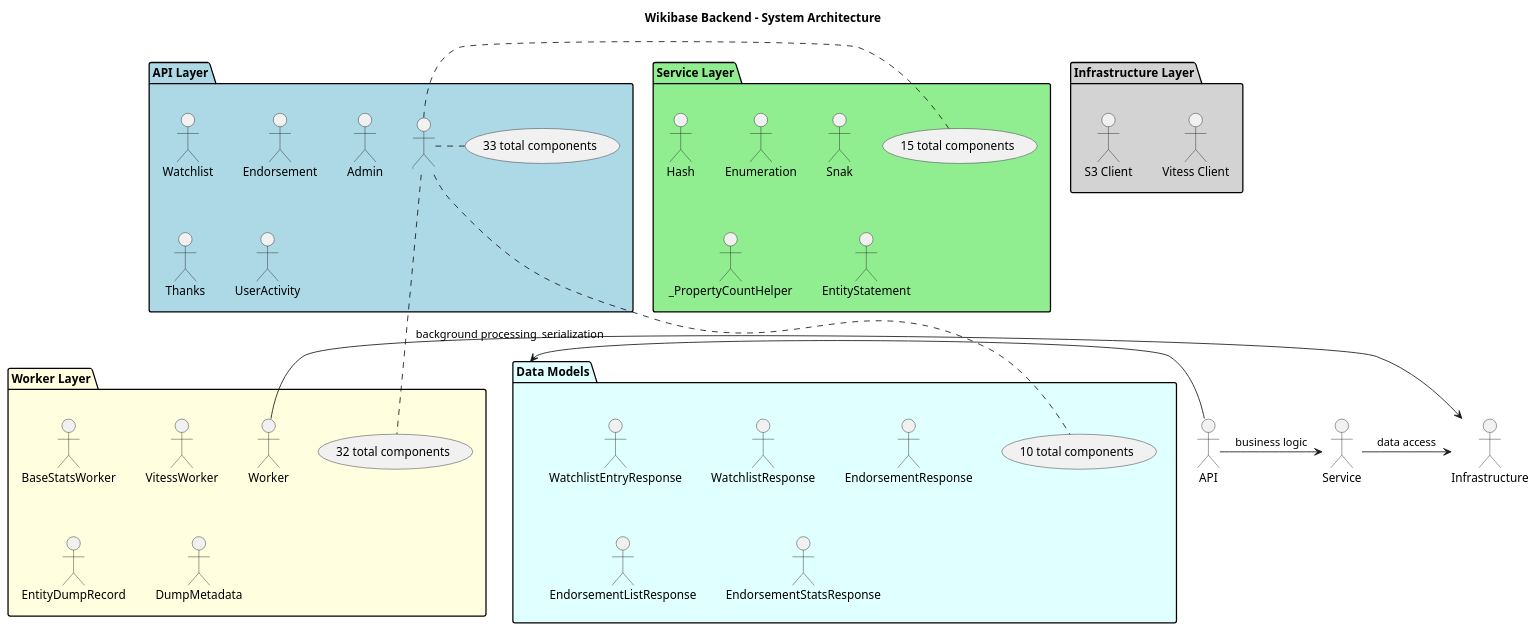
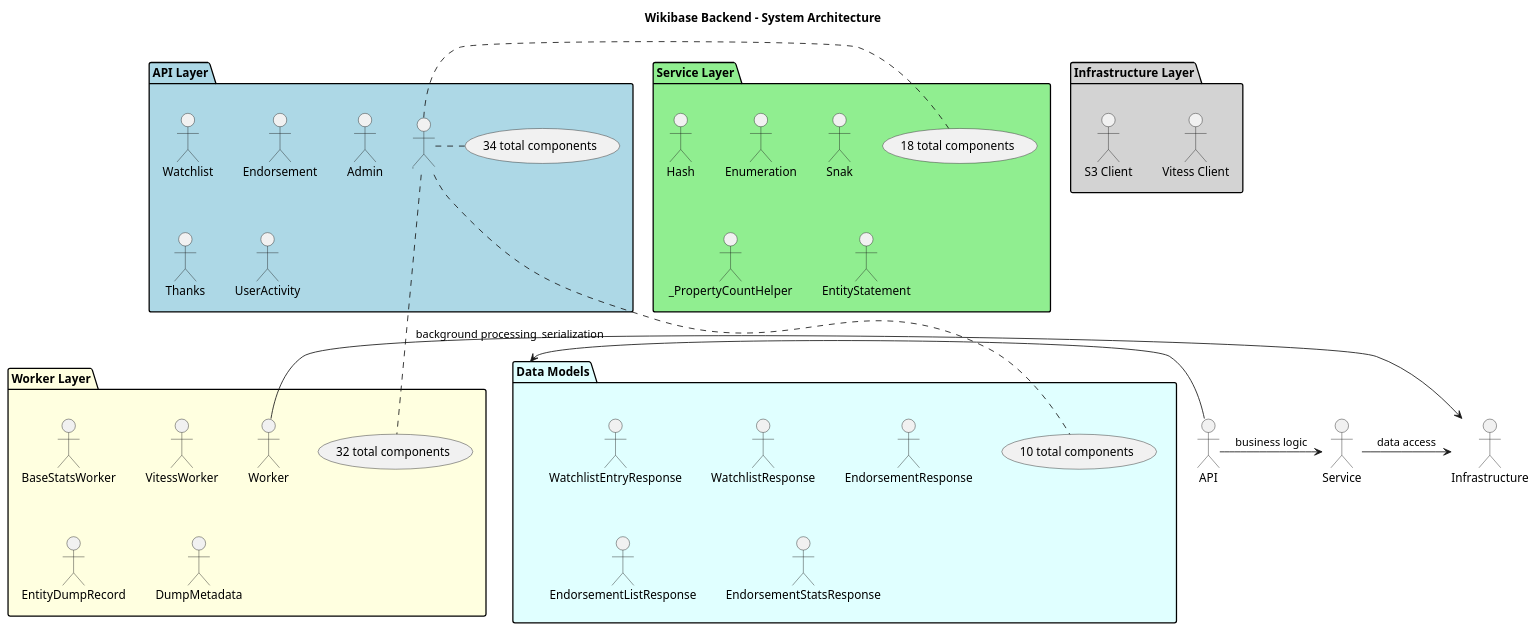
Before and after one commit to dpriskorn/entitybase-backend: the diagram in docs/DIAGRAMS/system_architecture.puml, drawn with PlantUML. The commit also changed 31 other files, not shown here.

```diff
--- a/docs/DIAGRAMS/system_architecture.puml
+++ b/docs/DIAGRAMS/system_architecture.puml
@@ -1,53 +1,53 @@
 @startuml System Architecture
 
 title Wikibase Backend - System Architecture
 
 package "API Layer" as APILayer #LightBlue {
     "Watchlist" as WatchlistHandler
     "Endorsement" as EndorsementHandler
     "Admin" as AdminHandler
     "Thanks" as ThanksHandler
     "UserActivity" as UserActivityHandler
-    ... (33 total components)
+    ... (34 total components)
 }
 
 package "Service Layer" as ServiceLayer #LightGreen {
     "Hash" as HashService
     "Enumeration" as EnumerationService
     "Snak" as SnakHandler
     "_PropertyCountHelper" as _PropertyCountHelper
     "EntityStatement" as EntityStatementService
-    ... (15 total components)
+    ... (18 total components)
 }
 
 package "Worker Layer" as WorkerLayer #LightYellow {
     "BaseStatsWorker" as BaseStatsWorker
     "VitessWorker" as VitessWorker
     "Worker" as Worker
     "EntityDumpRecord" as EntityDumpRecord
     "DumpMetadata" as DumpMetadata
     ... (32 total components)
 }
 
 package "Infrastructure Layer" as InfrastructureLayer #LightGray {
     "Vitess Client" as Vitess_Client
     "S3 Client" as S3_Client
 }
 
 package "Data Models" as DataModels #LightCyan {
     "WatchlistEntryResponse" as WatchlistEntryResponse
     "WatchlistResponse" as WatchlistResponse
     "EndorsementResponse" as EndorsementResponse
     "EndorsementListResponse" as EndorsementListResponse
     "EndorsementStatsResponse" as EndorsementStatsResponse
     ... (10 total components)
 }
 
 
 ' Relationships
 API -> Service : business logic
 Service -> Infrastructure : data access
 Worker -> Infrastructure : background processing
 API -> DataModels : serialization
 
 @enduml
```
